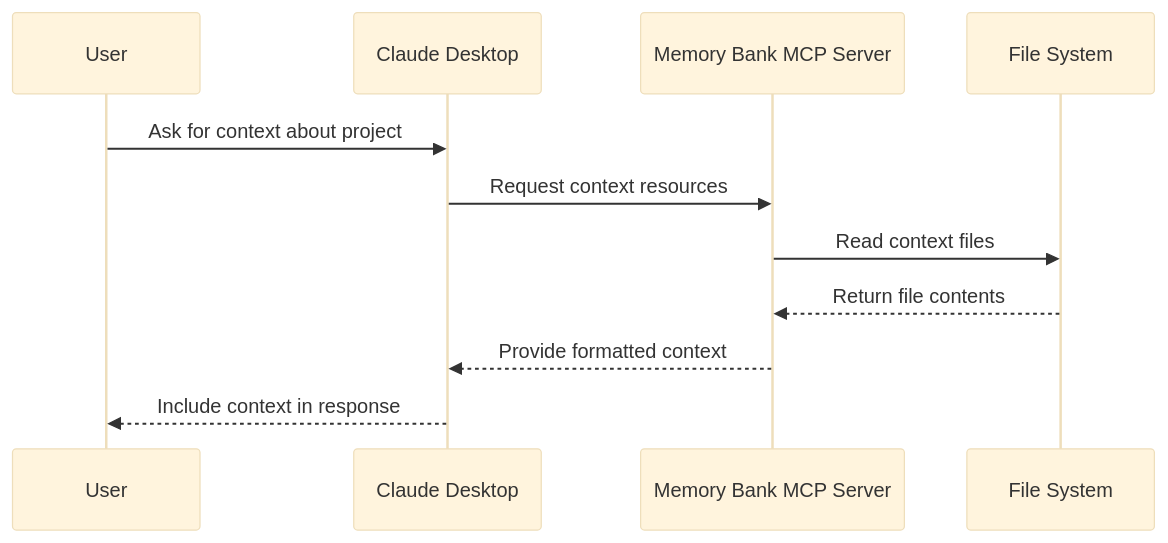
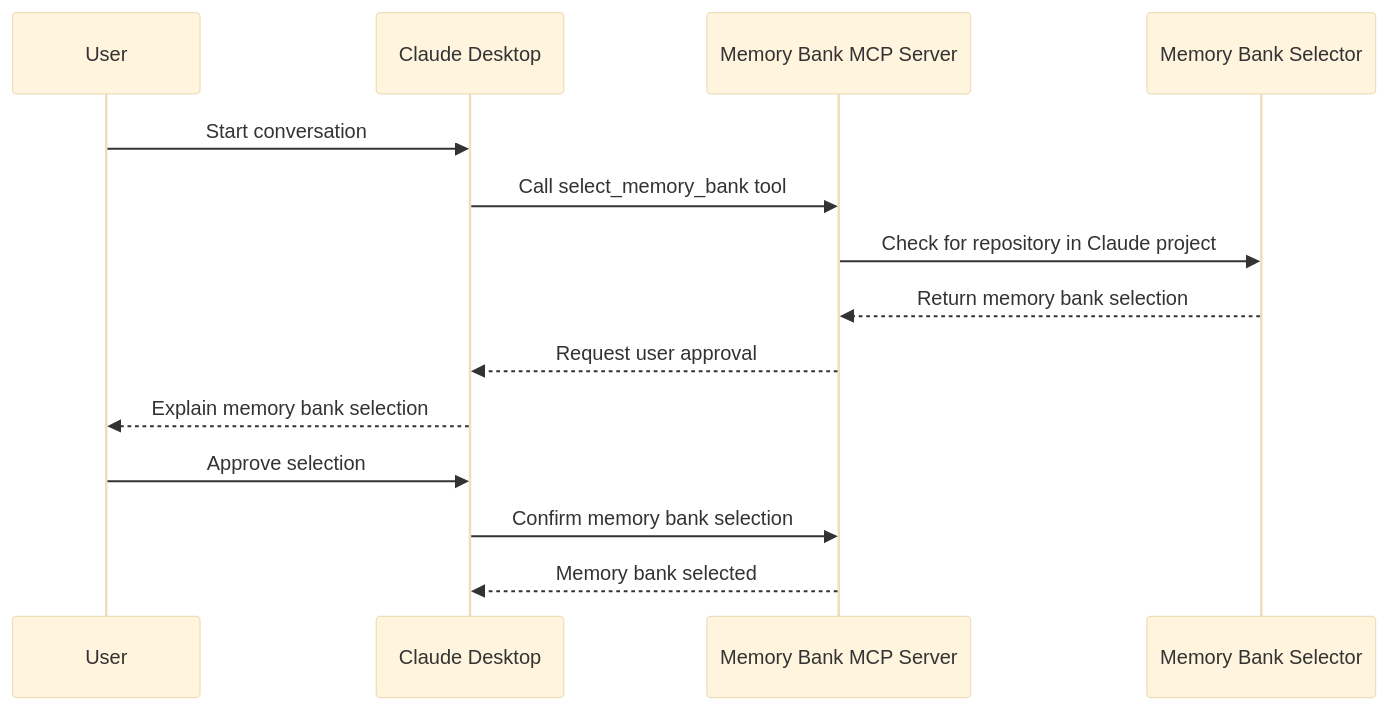
The seventh of 9 diagrams in doc/mcp-design.md (philippe-guerit/claude-desktop-memory-bank), drawn with Mermaid (base theme) before and after one commit. The commit also changed other lines of this file and 3 other files, not shown here.

Commit message:
improve design to support project based memory bank

````diff
--- a/doc/mcp-design.md
+++ b/doc/mcp-design.md
@@ -141,14 +218,17 @@
 ```mermaid
 sequenceDiagram
     participant User
     participant CD as Claude Desktop
     participant MCP as Memory Bank MCP Server
-    participant FS as File System
+    participant MBS as Memory Bank Selector
     
-    User->>CD: Ask for context about project
-    CD->>MCP: Request context resources
-    MCP->>FS: Read context files
-    FS-->>MCP: Return file contents
-    MCP-->>CD: Provide formatted context
-    CD-->>User: Include context in response
+    User->>CD: Start conversation
+    CD->>MCP: Call select_memory_bank tool
+    MCP->>MBS: Check for repository in Claude project
+    MBS-->>MCP: Return memory bank selection
+    MCP-->>CD: Request user approval
+    CD-->>User: Explain memory bank selection
+    User->>CD: Approve selection
+    CD->>MCP: Confirm memory bank selection
+    MCP-->>CD: Memory bank selected
 ```
````
